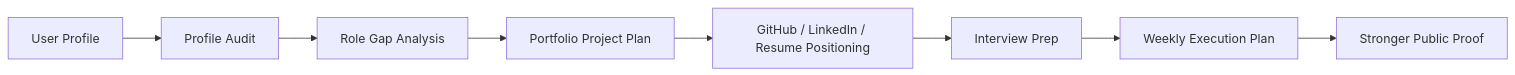
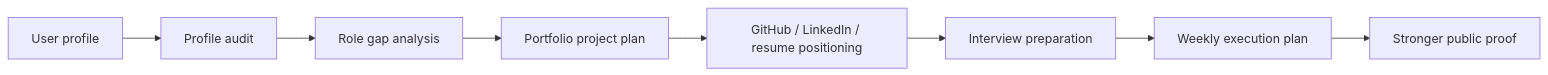
The diagram in README.md (AnkitParekh007/occupation-ops), drawn with Mermaid before and after one commit. The commit also changed other lines of this file and 142 other files, not shown here.

````diff
--- a/README.md
+++ b/README.md
@@ -96,10 +107,10 @@
 ```mermaid
 flowchart LR
-    Profile["User Profile"] --> Audit["Profile Audit"]
-    Audit --> Gaps["Role Gap Analysis"]
-    Gaps --> Projects["Portfolio Project Plan"]
-    Projects --> Positioning["GitHub / LinkedIn / Resume Positioning"]
-    Positioning --> Interview["Interview Prep"]
-    Interview --> Weekly["Weekly Execution Plan"]
-    Weekly --> Proof["Stronger Public Proof"]
+    Profile["User profile"] --> Audit["Profile audit"]
+    Audit --> Gaps["Role gap analysis"]
+    Gaps --> Projects["Portfolio project plan"]
+    Projects --> Positioning["GitHub / LinkedIn / resume positioning"]
+    Positioning --> Interview["Interview preparation"]
+    Interview --> Weekly["Weekly execution plan"]
+    Weekly --> Proof["Stronger public proof"]
 ```
````
